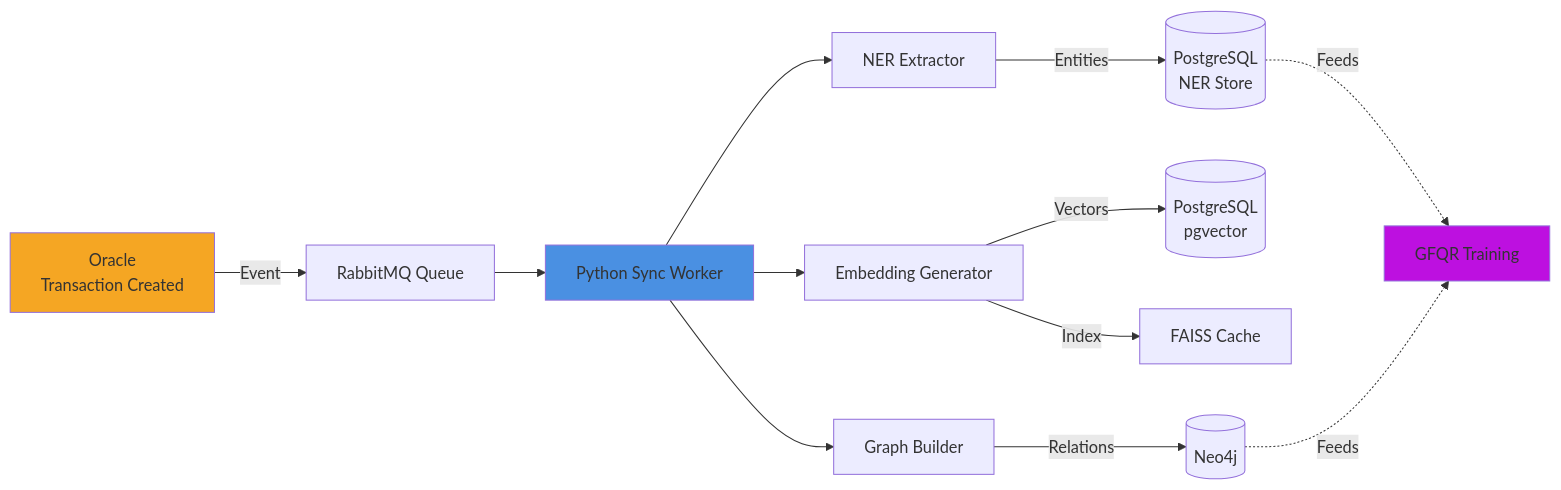
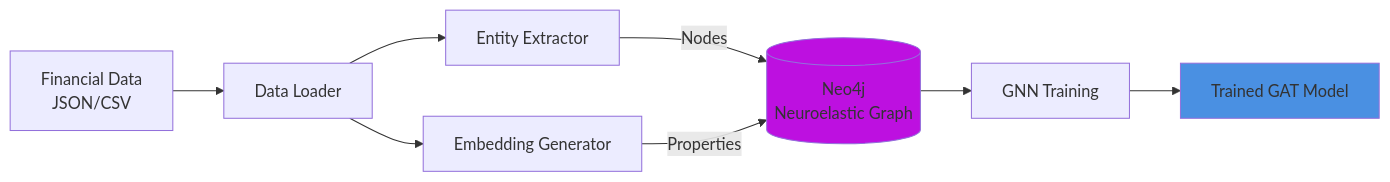
One commit to viniruggeri/midas-fdr changed the third of 4 diagrams in README.md. Above: the diagram before and after it, drawn with Mermaid. The commit also changed other lines of this file, not shown here.

Commit message:
docs: update outdated sections (data pipeline and reasoning examples)

````diff
--- a/README.md
+++ b/README.md
@@ -208,21 +208,16 @@
 ```mermaid
 flowchart LR
-    A[Oracle<br/>Transaction Created] -->|Event| B[RabbitMQ Queue]
-    B --> C[Python Sync Worker]
+    A[Financial Data<br/>JSON/CSV] --> B[Data Loader]
     
-    C --> D[NER Extractor]
-    C --> E[Embedding Generator]
-    C --> F[Graph Builder]
+    B --> C[Entity Extractor]
+    B --> D[Embedding Generator]
     
-    D -->|Entities| G[(PostgreSQL<br/>NER Store)]
-    E -->|Vectors| H[(PostgreSQL<br/>pgvector)]
-    E -->|Index| I[FAISS Cache]
-    F -->|Relations| J[(Neo4j)]
+    C -->|Nodes| E[(Neo4j<br/>Neuroelastic Graph)]
+    D -->|Properties| E
     
-    G -.->|Feeds| K[GFQR Training]
-    J -.->|Feeds| K
+    E --> F[GNN Training]
+    F --> G[Trained GAT Model]
     
-    style A fill:#F5A623
-    style C fill:#4A90E2
-    style K fill:#BD10E0
+    style E fill:#BD10E0
+    style G fill:#4A90E2
 ```
````
